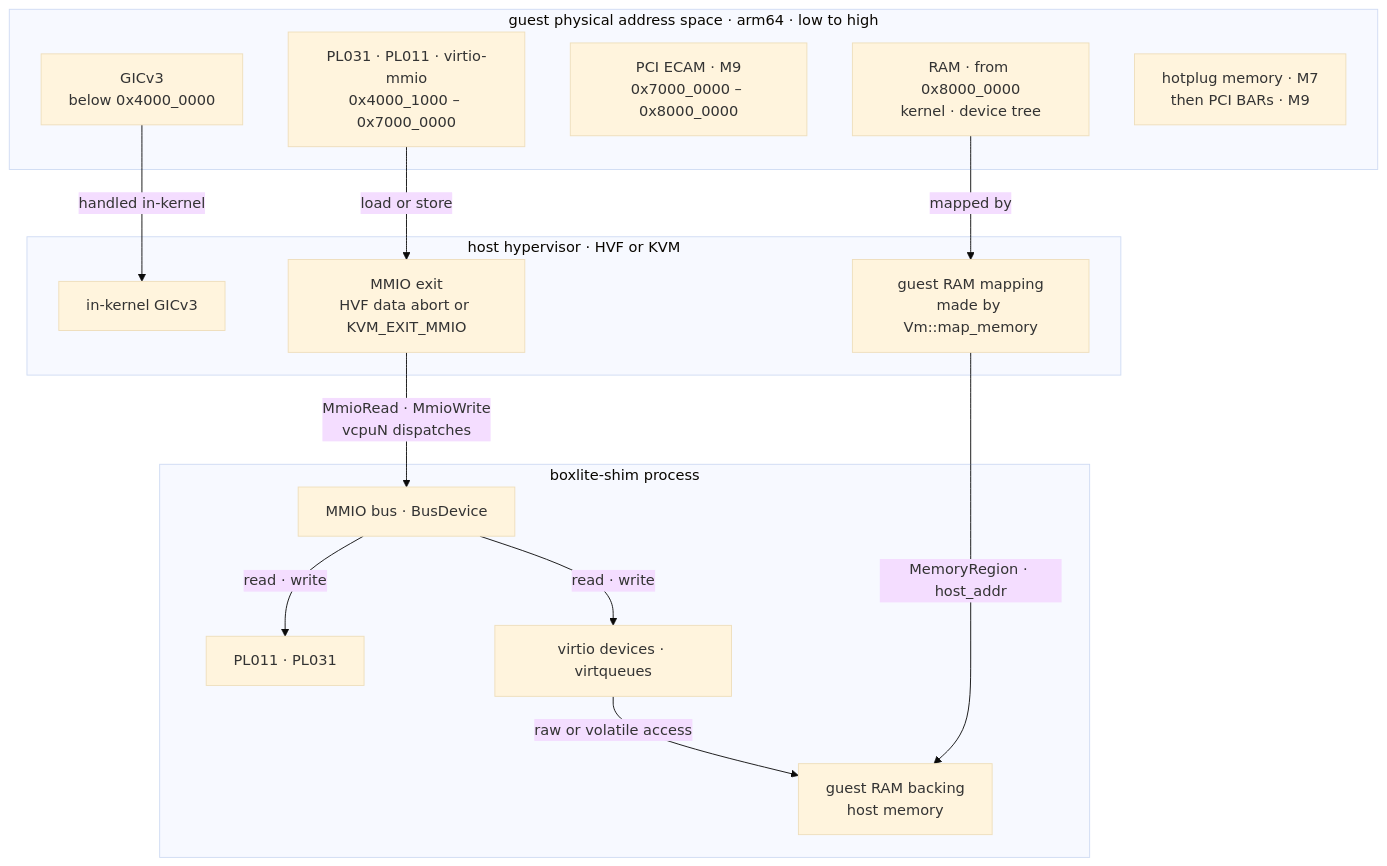
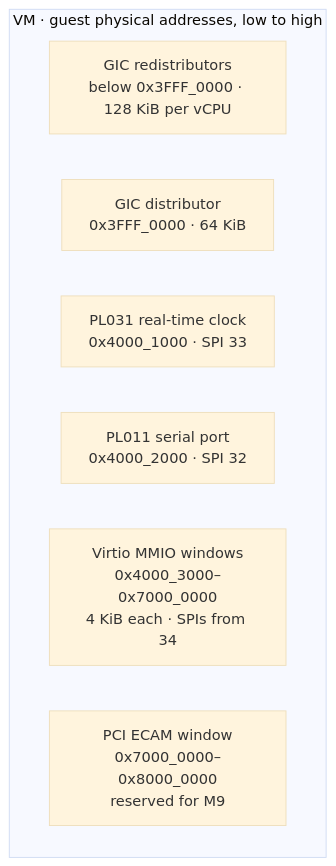
Before and after one commit to boxlite-ai/boxlite: the ninth of 10 diagrams in docs/architecture/vmm/memory.md, drawn with Mermaid (base theme). The commit also changed other lines of this file and 3 other files, not shown here.

````diff
--- a/docs/architecture/vmm/memory.md
+++ b/docs/architecture/vmm/memory.md
@@ -43,29 +238,12 @@
 ```mermaid
-flowchart TB
-  subgraph guest_physical["guest physical address space · arm64 · low to high"]
-    gpa_gic["GICv3<br/>below 0x4000_0000"]
-    gpa_devices["PL031 · PL011 · virtio-mmio<br/>0x4000_1000 – 0x7000_0000"]
-    gpa_ecam["PCI ECAM · M9<br/>0x7000_0000 – 0x8000_0000"]
-    gpa_ram["RAM · from 0x8000_0000<br/>kernel · device tree"]
-    gpa_hotplug["hotplug memory · M7<br/>then PCI BARs · M9"]
+flowchart LR
+  subgraph guest_map["VM · guest physical addresses, low to high"]
+    direction LR
+    redistributors["GIC redistributors<br/>below 0x3FFF_0000 · 128 KiB per vCPU"]
+    distributor["GIC distributor<br/>0x3FFF_0000 · 64 KiB"]
+    rtc["PL031 real-time clock<br/>0x4000_1000 · SPI 33"]
+    uart["PL011 serial port<br/>0x4000_2000 · SPI 32"]
+    virtio["Virtio MMIO windows<br/>0x4000_3000–0x7000_0000<br/>4 KiB each · SPIs from 34"]
+    ecam["PCI ECAM window<br/>0x7000_0000–0x8000_0000<br/>reserved for M9"]
   end
-  subgraph host_hypervisor["host hypervisor · HVF or KVM"]
-    in_kernel_gic["in-kernel GICv3"]
-    mmio_exit["MMIO exit<br/>HVF data abort or KVM_EXIT_MMIO"]
-    guest_mapping["guest RAM mapping<br/>made by Vm::map_memory"]
-  end
-  subgraph shim_process["boxlite-shim process"]
-    vmm_bus["MMIO bus · BusDevice"]
-    platform_devices["PL011 · PL031"]
-    device_code["virtio devices · virtqueues"]
-    ram_backing["guest RAM backing<br/>host memory"]
-  end
-  gpa_gic e_gic@-->|"handled in-kernel"| in_kernel_gic
-  gpa_devices e_device_access@-->|"load or store"| mmio_exit
-  mmio_exit e_dispatch@-->|"MmioRead · MmioWrite<br/>vcpuN dispatches"| vmm_bus
-  vmm_bus e_bus_platform@-->|"read · write"| platform_devices
-  vmm_bus e_bus_device@-->|"read · write"| device_code
-  device_code e_raw_access@-->|"raw or volatile access"| ram_backing
-  gpa_ram e_ram@-->|"mapped by"| guest_mapping
-  guest_mapping e_host_addr@-->|"MemoryRegion · host_addr"| ram_backing
 ```
````
